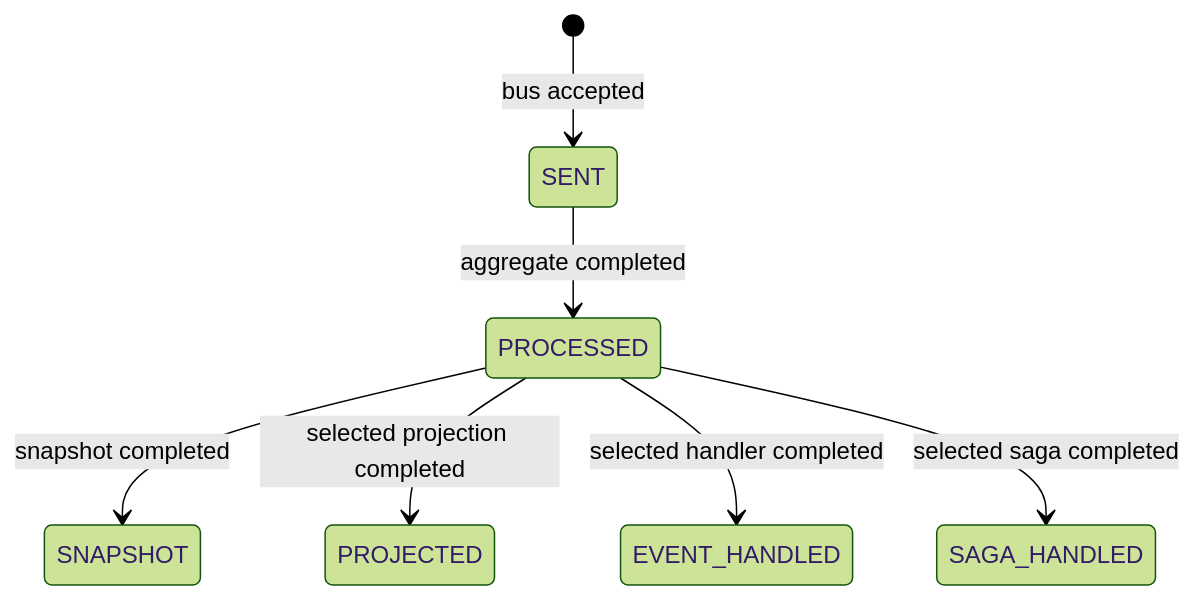
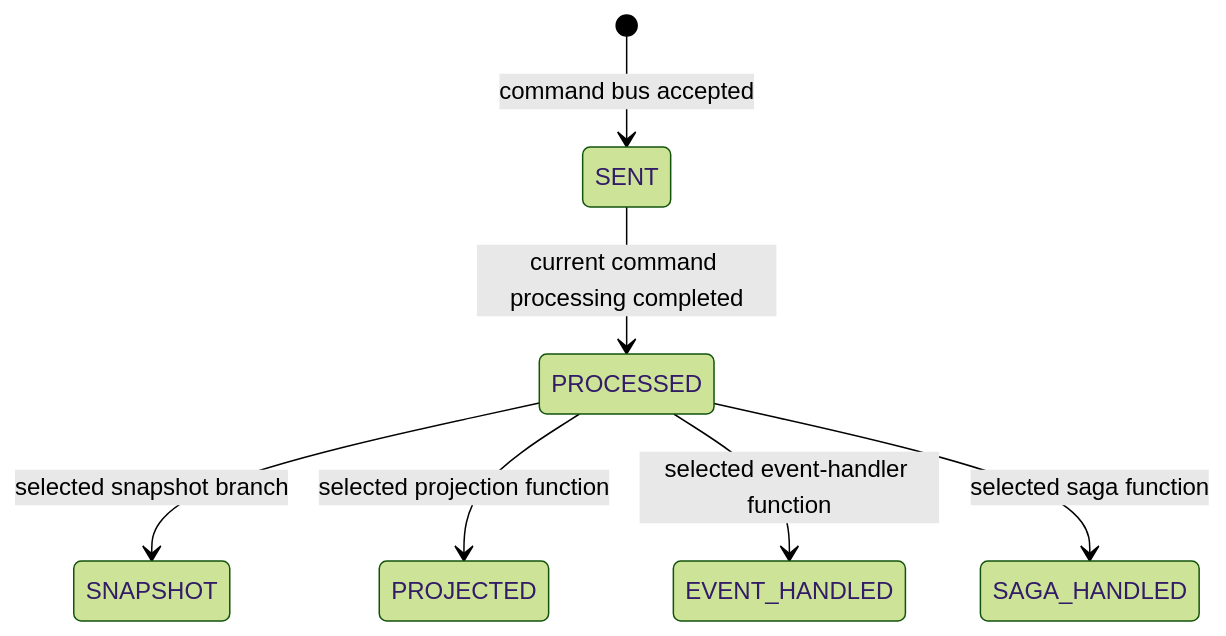
One commit to Ahoo-Wang/Wow changed the diagram in documentation/docs/en/articles/command-success-is-not-complete.md. Above: the diagram before and after it, drawn with Mermaid (forest theme). The commit also changed other lines of this file and 166 other files, not shown here.

````diff
--- a/documentation/docs/en/articles/command-success-is-not-complete.md
+++ b/documentation/docs/en/articles/command-success-is-not-complete.md
@@ -32,9 +36,9 @@
 ```mermaid
 stateDiagram-v2
-    [*] --> SENT: bus accepted
-    SENT --> PROCESSED: aggregate completed
-    PROCESSED --> SNAPSHOT: snapshot completed
-    PROCESSED --> PROJECTED: selected projection completed
-    PROCESSED --> EVENT_HANDLED: selected handler completed
-    PROCESSED --> SAGA_HANDLED: selected saga completed
+    [*] --> SENT: command bus accepted
+    SENT --> PROCESSED: current command processing completed
+    PROCESSED --> SNAPSHOT: selected snapshot branch
+    PROCESSED --> PROJECTED: selected projection function
+    PROCESSED --> EVENT_HANDLED: selected event-handler function
+    PROCESSED --> SAGA_HANDLED: selected saga function
 ```
````
